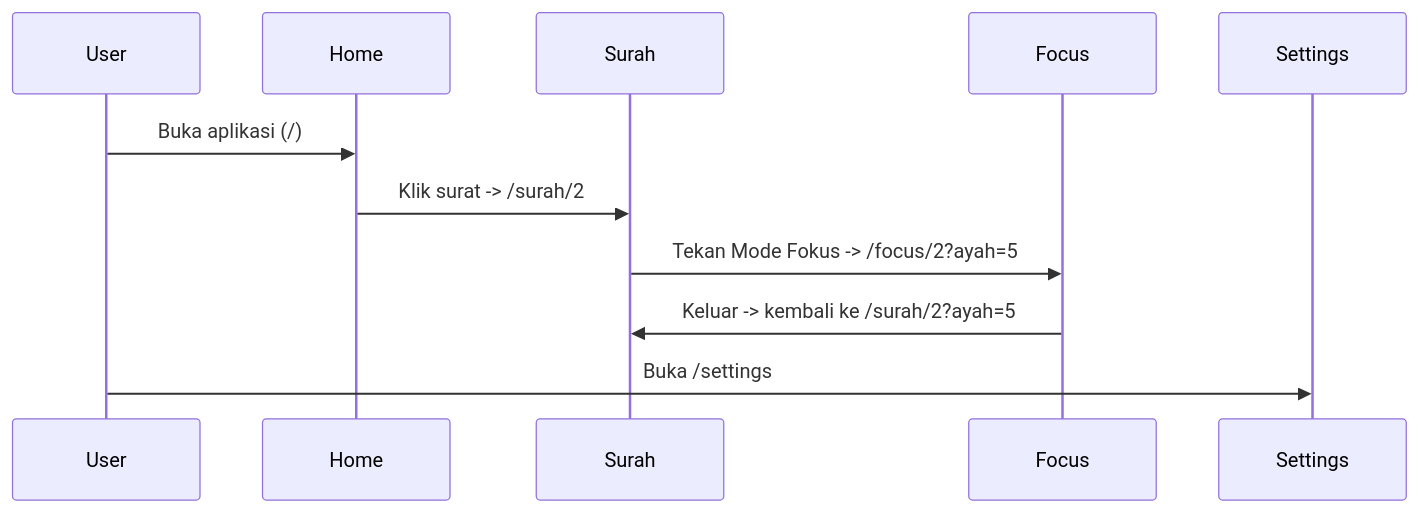
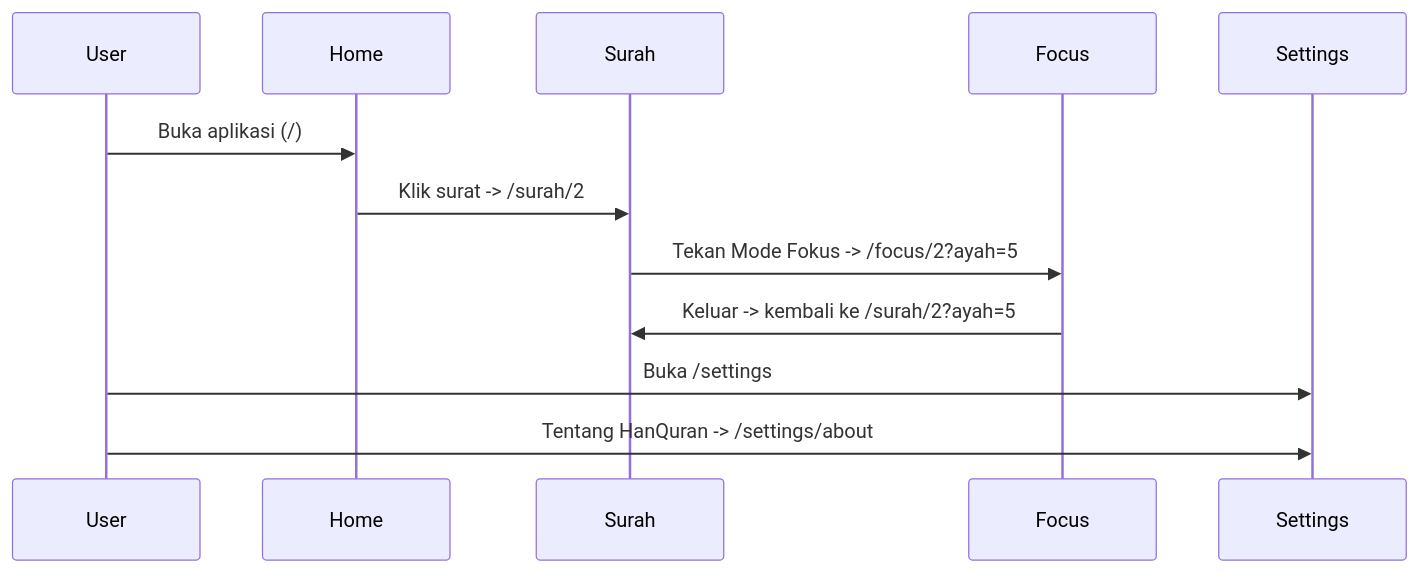
One commit to raqolbi/hanquran-app changed the second of 2 diagrams in docs/14-routing-spec.md. Above: the diagram before and after it, drawn with Mermaid. The commit also changed other lines of this file and 17 other files, not shown here.

Commit message:
Tambah layar Tentang HanQuran di Pengaturan beserta spesifikasi dan credits sumber data.

````diff
--- a/docs/14-routing-spec.md
+++ b/docs/14-routing-spec.md
@@ -85,14 +93,15 @@
 ```mermaid
 sequenceDiagram
   participant User
   participant Home
   participant Surah
   participant Focus
   participant Settings
 
   User->>Home: Buka aplikasi (/)
   Home->>Surah: Klik surat -> /surah/2
   Surah->>Focus: Tekan Mode Fokus -> /focus/2?ayah=5
   Focus->>Surah: Keluar -> kembali ke /surah/2?ayah=5
   User->>Settings: Buka /settings
+  User->>Settings: Tentang HanQuran -> /settings/about
 ```
````
